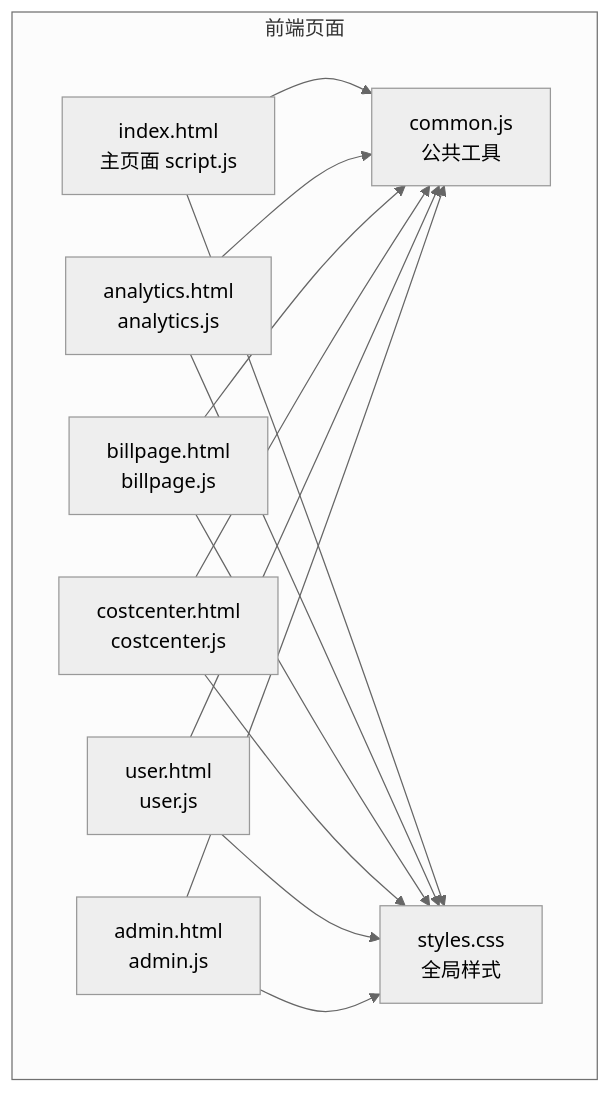
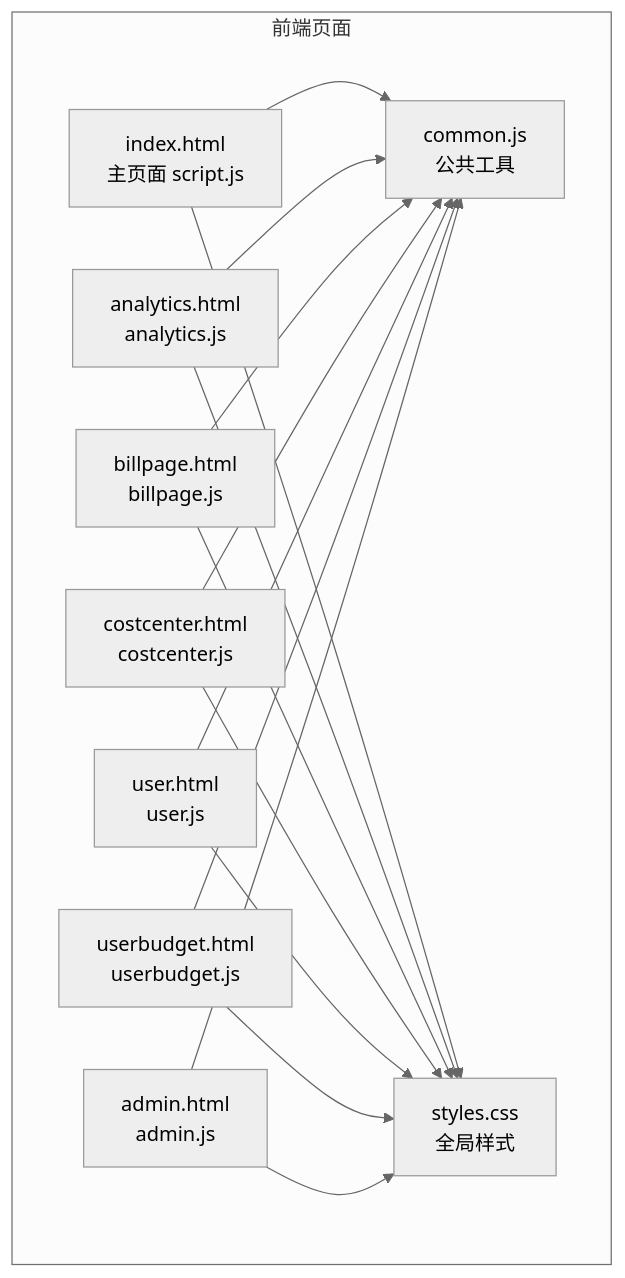
Before and after one commit to kissingwolf/CopilotEnterpriseUsageDisplay: the first of 10 diagrams in .qoder/repowiki/zh/content/前端页面/前端页面.md, drawn with Mermaid (neutral theme). The commit also changed other lines of this file and 4 other files, not shown here.

````diff
--- a/.qoder/repowiki/zh/content/前端页面/前端页面.md
+++ b/.qoder/repowiki/zh/content/前端页面/前端页面.md
@@ -47,25 +59,28 @@
 ```mermaid
 graph TB
 subgraph "前端页面"
 IDX["index.html<br/>主页面 script.js"]
 ANA["analytics.html<br/>analytics.js"]
 BILL["billpage.html<br/>billpage.js"]
 COST["costcenter.html<br/>costcenter.js"]
 USER["user.html<br/>user.js"]
+USERBUDGET["userbudget.html<br/>userbudget.js"]
 ADMIN["admin.html<br/>admin.js"]
 COM["common.js<br/>公共工具"]
 CSS["styles.css<br/>全局样式"]
 end
 IDX --> COM
 ANA --> COM
 BILL --> COM
 COST --> COM
 USER --> COM
+USERBUDGET --> COM
 ADMIN --> COM
 IDX --> CSS
 ANA --> CSS
 BILL --> CSS
 COST --> CSS
 USER --> CSS
+USERBUDGET --> CSS
 ADMIN --> CSS
 ```
````
